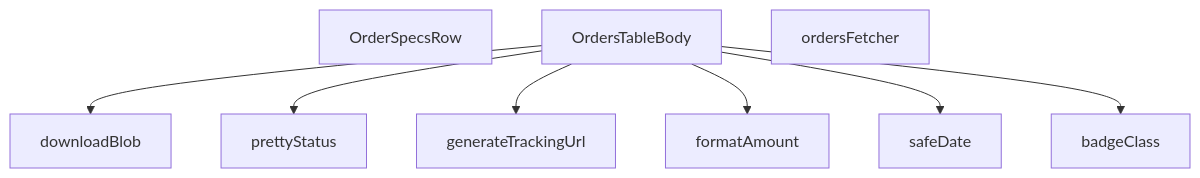
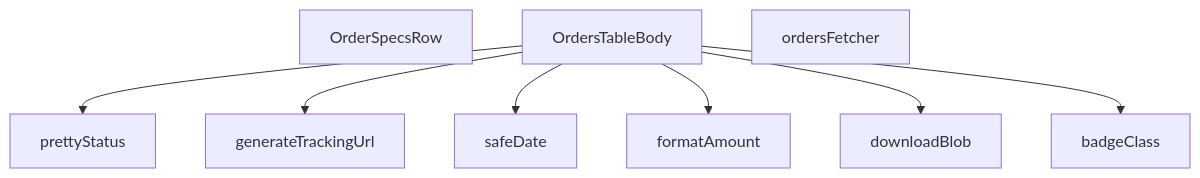
One commit to peckop/venthub-hvac-esite changed the diagram in src/views/admin/OrdersTableBody.md. Above: the diagram before and after it, drawn with Mermaid. The commit also changed other lines of this file and 27 other files, not shown here.

````diff
--- a/src/views/admin/OrdersTableBody.md
+++ b/src/views/admin/OrdersTableBody.md
@@ -410,18 +433,18 @@
 ```mermaid
 graph TD
     OrdersTableBody_tsx__OrderSpecsRow["OrderSpecsRow"]
     OrdersTableBody_tsx__OrdersTableBody["OrdersTableBody"]
     OrdersTableBody_tsx__badgeClass["badgeClass"]
     OrdersTableBody_tsx__downloadBlob["downloadBlob"]
     OrdersTableBody_tsx__formatAmount["formatAmount"]
     OrdersTableBody_tsx__generateTrackingUrl["generateTrackingUrl"]
     OrdersTableBody_tsx__ordersFetcher["ordersFetcher"]
     OrdersTableBody_tsx__prettyStatus["prettyStatus"]
     OrdersTableBody_tsx__safeDate["safeDate"]
-    OrdersTableBody_tsx__OrdersTableBody --> OrdersTableBody_tsx__downloadBlob
     OrdersTableBody_tsx__OrdersTableBody --> OrdersTableBody_tsx__prettyStatus
     OrdersTableBody_tsx__OrdersTableBody --> OrdersTableBody_tsx__generateTrackingUrl
+    OrdersTableBody_tsx__OrdersTableBody --> OrdersTableBody_tsx__safeDate
     OrdersTableBody_tsx__OrdersTableBody --> OrdersTableBody_tsx__formatAmount
-    OrdersTableBody_tsx__OrdersTableBody --> OrdersTableBody_tsx__safeDate
+    OrdersTableBody_tsx__OrdersTableBody --> OrdersTableBody_tsx__downloadBlob
     OrdersTableBody_tsx__OrdersTableBody --> OrdersTableBody_tsx__badgeClass
 ```
````
